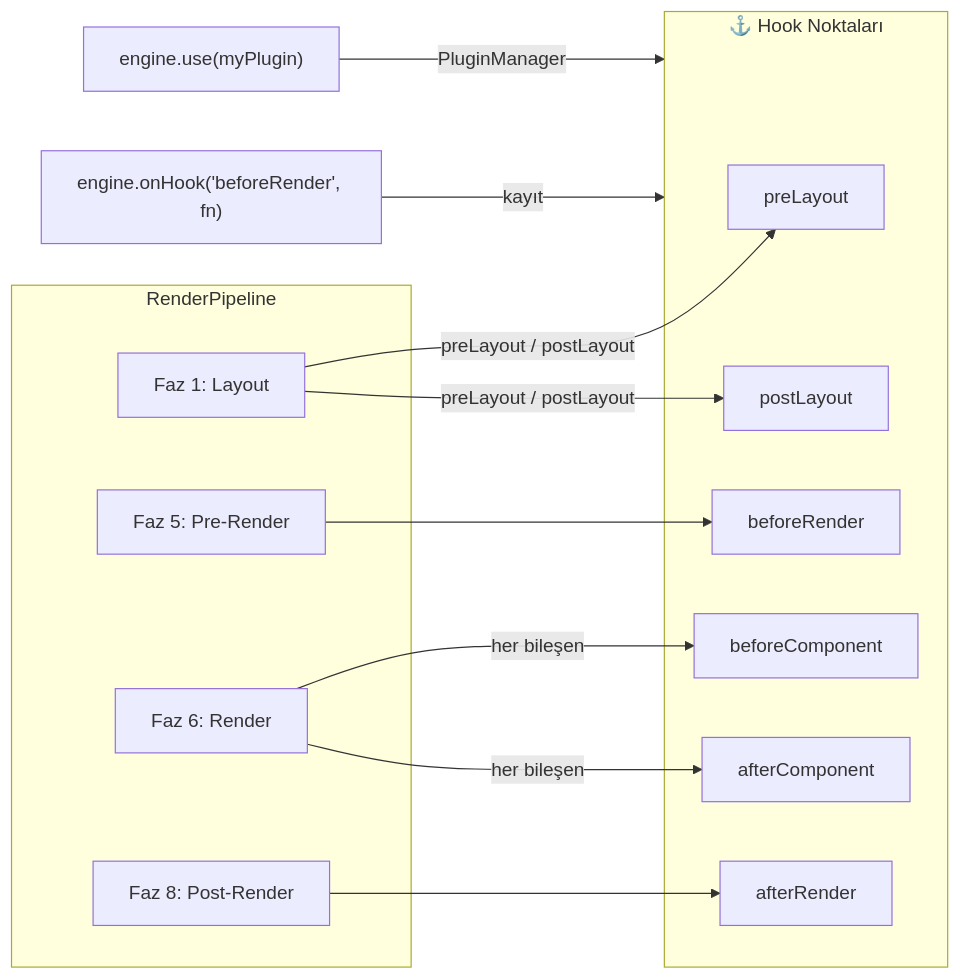
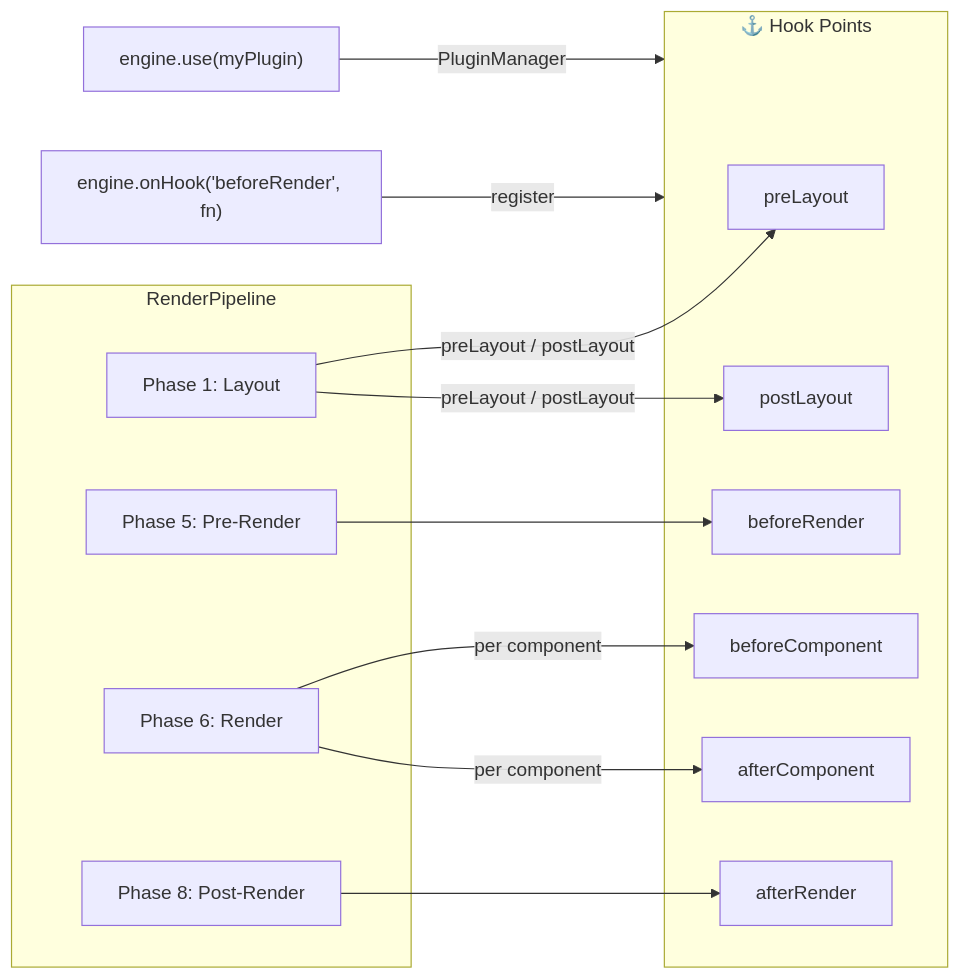
One commit to ManyMQ/modular changed the seventh of 9 diagrams in docs/core-concepts/system-architecture.md. Above: the diagram before and after it, drawn with Mermaid. The commit also changed other lines of this file, not shown here.

First line of the commit message:
Docs: Add system architecture overview with diagrams

````diff
--- a/docs/core-concepts/system-architecture.md
+++ b/docs/core-concepts/system-architecture.md
@@ -245,24 +245,24 @@
 ```mermaid
 flowchart LR
-    subgraph HOOKS["⚓ Hook Noktaları"]
+    subgraph HOOKS["⚓ Hook Points"]
         H1["preLayout"]
         H2["postLayout"]
         H3["beforeRender"]
         H4["beforeComponent"]
         H5["afterComponent"]
         H6["afterRender"]
     end
 
     subgraph PIPELINE2["RenderPipeline"]
-        S1[Faz 1: Layout] -->|preLayout / postLayout| H1 & H2
-        S5[Faz 5: Pre-Render] --> H3
-        S6[Faz 6: Render] -->|her bileşen| H4 & H5
-        S8[Faz 8: Post-Render] --> H6
+        S1[Phase 1: Layout] -->|preLayout / postLayout| H1 & H2
+        S5[Phase 5: Pre-Render] --> H3
+        S6[Phase 6: Render] -->|per component| H4 & H5
+        S8[Phase 8: Post-Render] --> H6
     end
 
     USER2["engine.onHook('beforeRender', fn)"]
     PLUGIN["engine.use(myPlugin)"]
 
-    USER2 -->|kayıt| HOOKS
+    USER2 -->|register| HOOKS
     PLUGIN -->|PluginManager| HOOKS
 ```
````
